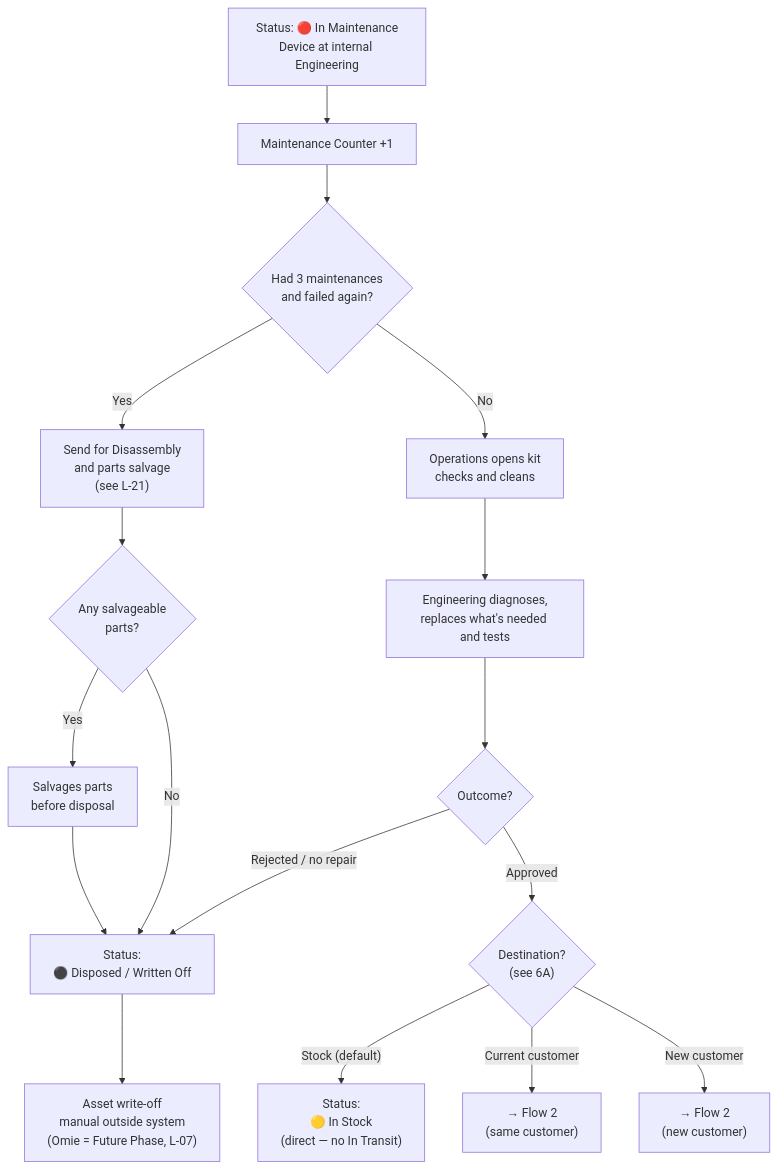
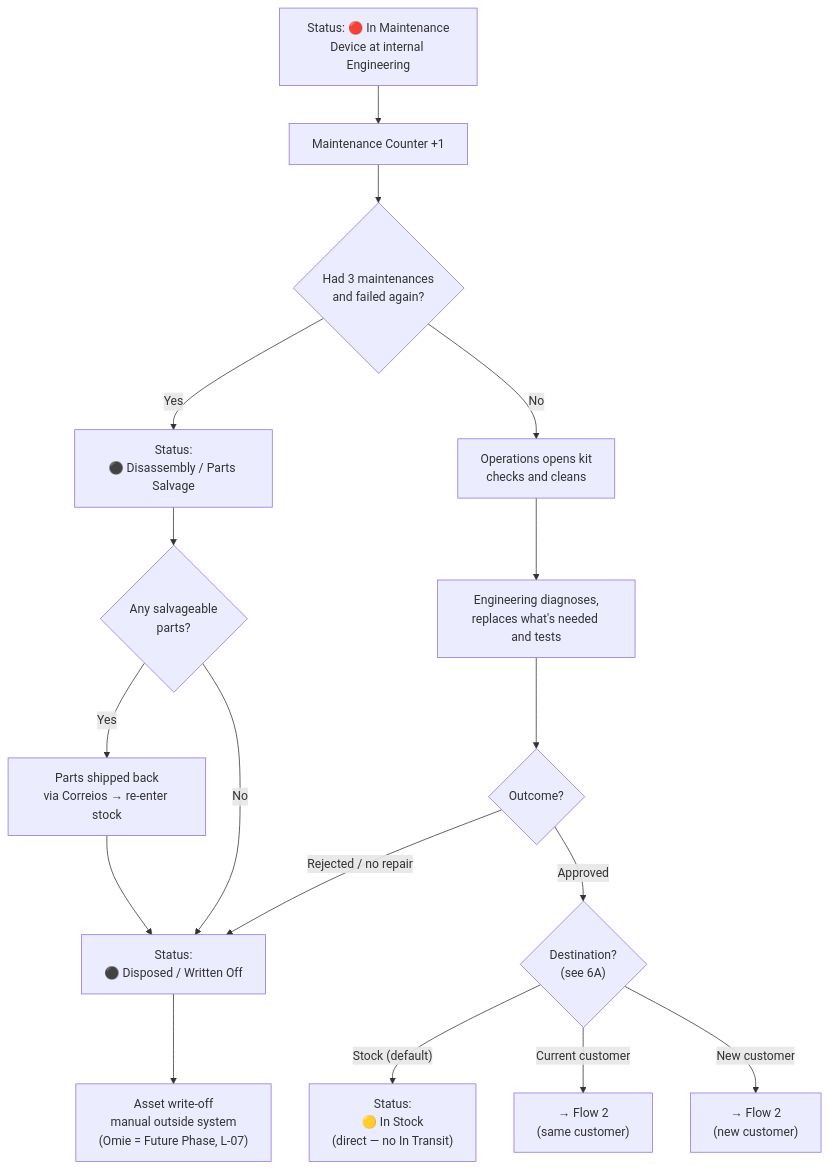
One commit to AmandaJacobino/gestao-de-ativos changed the second of 2 diagrams in docs/flows/flow-04-maintenance-and-repair.md. Above: the diagram before and after it, drawn with Mermaid. The commit also changed other lines of this file and 2 other files, not shown here.

First line of the commit message:
docs(flows): close open gaps L-16, L-19, L-20, L-21

````diff
--- a/docs/flows/flow-04-maintenance-and-repair.md
+++ b/docs/flows/flow-04-maintenance-and-repair.md
@@ -223,19 +225,19 @@
 ```mermaid
 flowchart TD
     INI_B["Status: 🔴 In Maintenance\nDevice at internal Engineering"] --> CTR_B["Maintenance Counter +1"]
     CTR_B --> LIM_B{"Had 3 maintenances\nand failed again?"}
-    LIM_B -->|"Yes"| DESM_B["Send for Disassembly\nand parts salvage\n(see L-21)"]
+    LIM_B -->|"Yes"| DESM_B["Status:\n⚫ Disassembly / Parts Salvage"]
     DESM_B --> REAP_B{"Any salvageable\nparts?"}
-    REAP_B -->|"Yes"| REC_B["Salvages parts\nbefore disposal"]
+    REAP_B -->|"Yes"| REC_B["Parts shipped back\nvia Correios → re-enter stock"]
     REC_B --> DESC_B["Status:\n⚫ Disposed / Written Off"]
     REAP_B -->|"No"| DESC_B
     LIM_B -->|"No"| ABR_B["Operations opens kit\nchecks and cleans"]
     ABR_B --> ENG_B["Engineering diagnoses,\nreplaces what's needed and tests"]
     ENG_B --> DEC_B{"Outcome?"}
     DEC_B -->|"Approved"| DEST_B{"Destination?\n(see 6A)"}
     DEST_B -->|"Stock (default)"| EST_B["Status:\n🟡 In Stock\n(direct — no In Transit)"]
     DEST_B -->|"Current customer"| CLI_B["→ Flow 2\n(same customer)"]
     DEST_B -->|"New customer"| NOV_B["→ Flow 2\n(new customer)"]
     DEC_B -->|"Rejected / no repair"| DESC_B
     DESC_B --> OMIE_B["Asset write-off\nmanual outside system\n(Omie = Future Phase, L-07)"]
 ```
````
